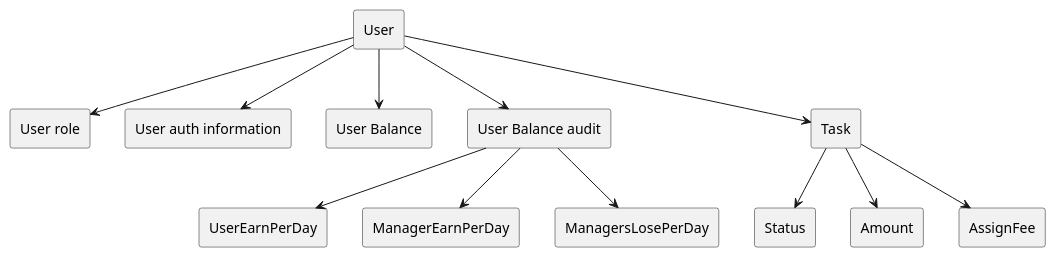
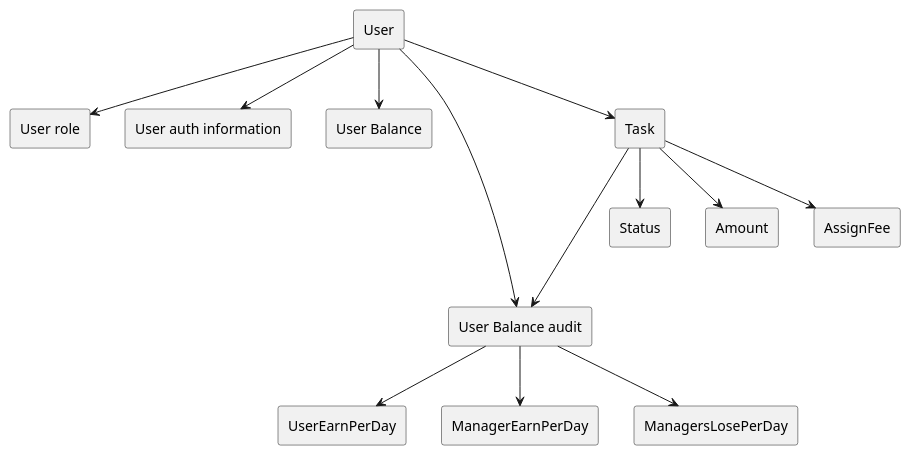
The diagram in docs/data_model.plantuml (ximyro/async_architecture_course), drawn with PlantUML before and after one commit. The commit also changed 9 other files, not shown here.

```diff
--- a/docs/data_model.plantuml
+++ b/docs/data_model.plantuml
@@ -1,29 +1,30 @@
 @startuml data_model
 
 rectangle User
 rectangle "User role" as ur
 rectangle "User auth information" as uai
 rectangle "User Balance" as ub
 rectangle "User Balance audit" as uba
 
 rectangle UserEarnPerDay
 rectangle ManagerEarnPerDay
 rectangle ManagersLosePerDay
 
 rectangle Task
 rectangle Status
 rectangle Amount
 rectangle AssignFee
 
 User --> ur
 User --> uai
 User --> ub
 User --> uba
 User --> Task
 Task --> Status
 Task --> Amount
 Task --> AssignFee
+Task ---> uba
 uba --> UserEarnPerDay
 uba --> ManagerEarnPerDay
 uba --> ManagersLosePerDay
 @enduml
```
